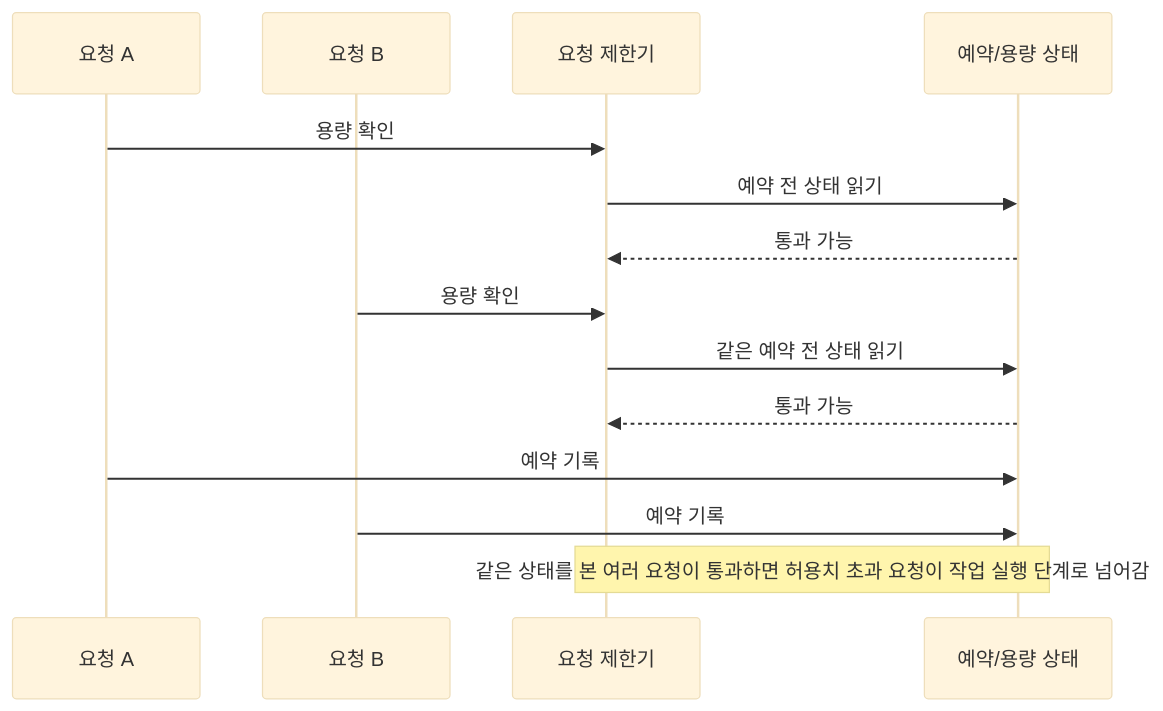
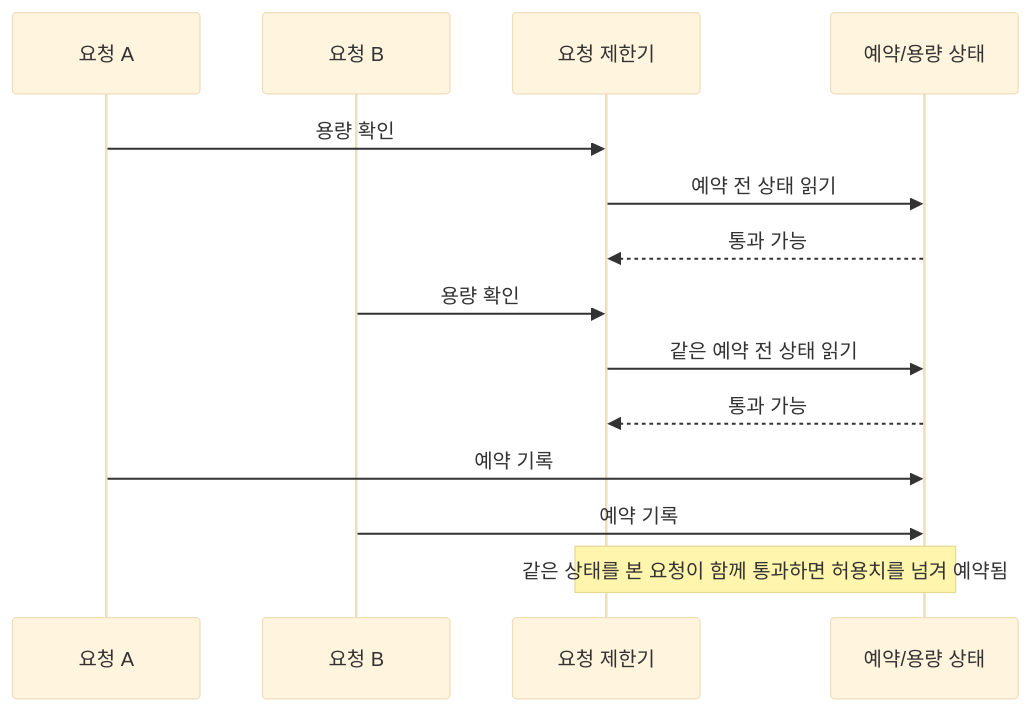
The second of 2 diagrams in docs/experience/cluml.md (zmrdltl/portfolio), drawn with Mermaid (base theme) before and after one commit. The commit also changed other lines of this file and 15 other files, not shown here.

````diff
--- a/docs/experience/cluml.md
+++ b/docs/experience/cluml.md
@@ -36,17 +36,17 @@
 ```mermaid
 sequenceDiagram
   participant A as 요청 A
   participant B as 요청 B
   participant L as 요청 제한기
   participant S as 예약/용량 상태
 
   A->>L: 용량 확인
   L->>S: 예약 전 상태 읽기
   S-->>L: 통과 가능
   B->>L: 용량 확인
   L->>S: 같은 예약 전 상태 읽기
   S-->>L: 통과 가능
   A->>S: 예약 기록
   B->>S: 예약 기록
-  Note over L,S: 같은 상태를 본 여러 요청이 통과하면 허용치 초과 요청이 작업 실행 단계로 넘어감
+  Note over L,S: 같은 상태를 본 요청이 함께 통과하면 허용치를 넘겨 예약됨
 ```
````
